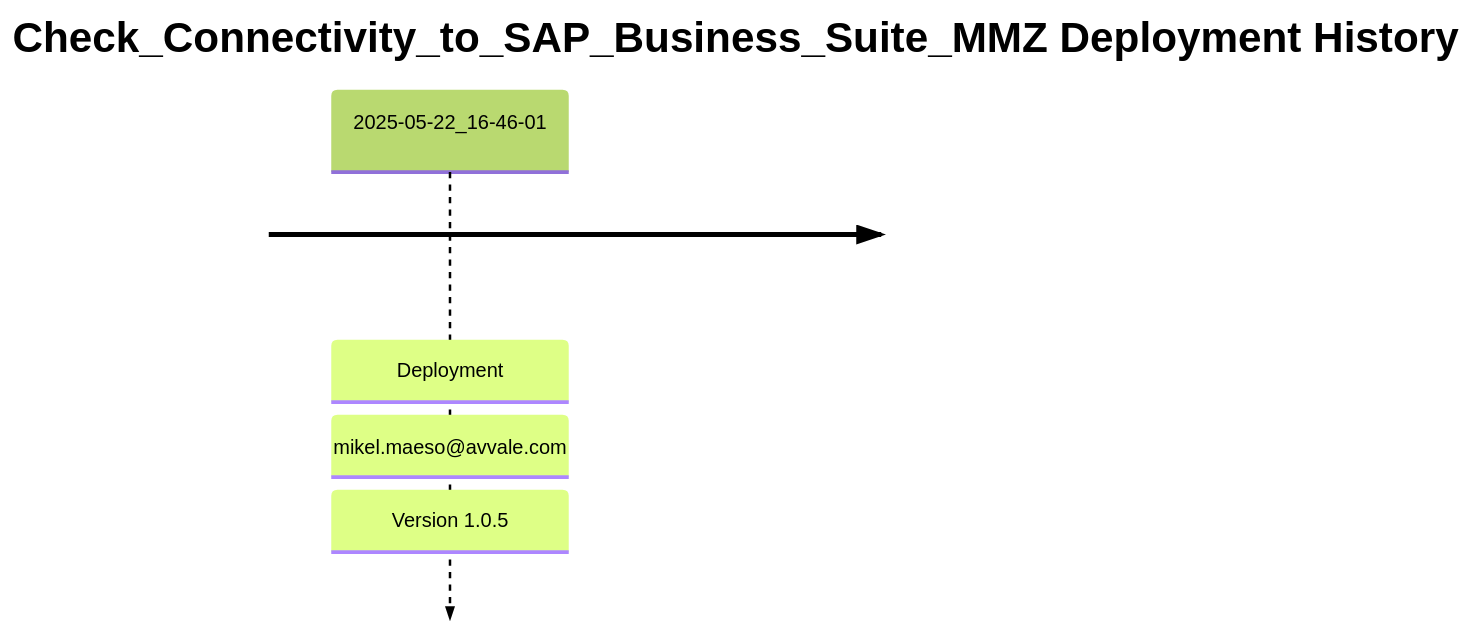
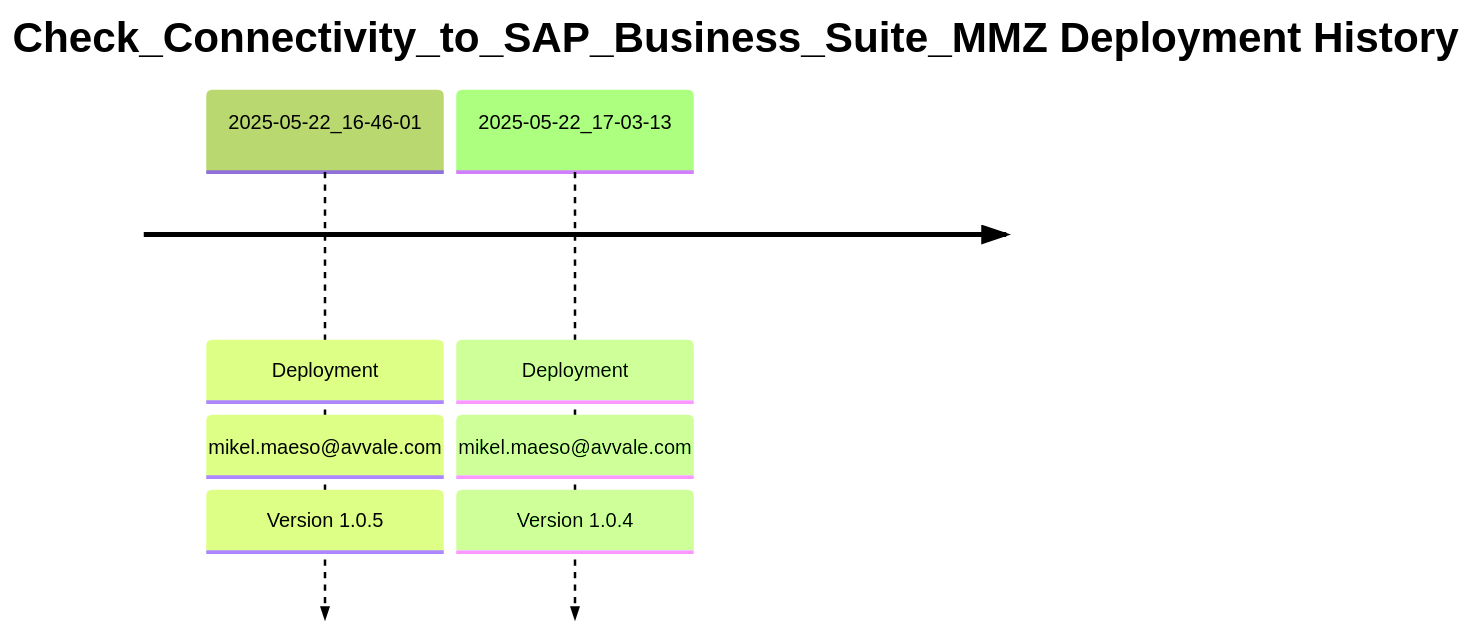
Before and after one commit to Avvale-IA-CICD/AvvaleCPI: the diagram in MMZ - Cell Iflows/Check_Connectivity_to_SAP_Business_Suite_MMZ/README.md, drawn with Mermaid. The commit also changed other lines of this file, not shown here.

Commit message:
docs: Update master README for MMZ - Cell Iflows/Check_Connectivity_to_SAP_Business_Suite_MMZ (v 1.0.4)

````diff
--- a/MMZ - Cell Iflows/Check_Connectivity_to_SAP_Business_Suite_MMZ/README.md
+++ b/MMZ - Cell Iflows/Check_Connectivity_to_SAP_Business_Suite_MMZ/README.md
@@ -7,6 +7,7 @@
 ```mermaid
 %%{init: { 'logLevel': 'debug', 'theme': 'forest' } }%%
 timeline
     title Check_Connectivity_to_SAP_Business_Suite_MMZ Deployment History
     2025-05-22_16-46-01 : Deployment : mikel.maeso@avvale.com : Version 1.0.5
+    2025-05-22_17-03-13 : Deployment : mikel.maeso@avvale.com : Version 1.0.4
 ```
````
